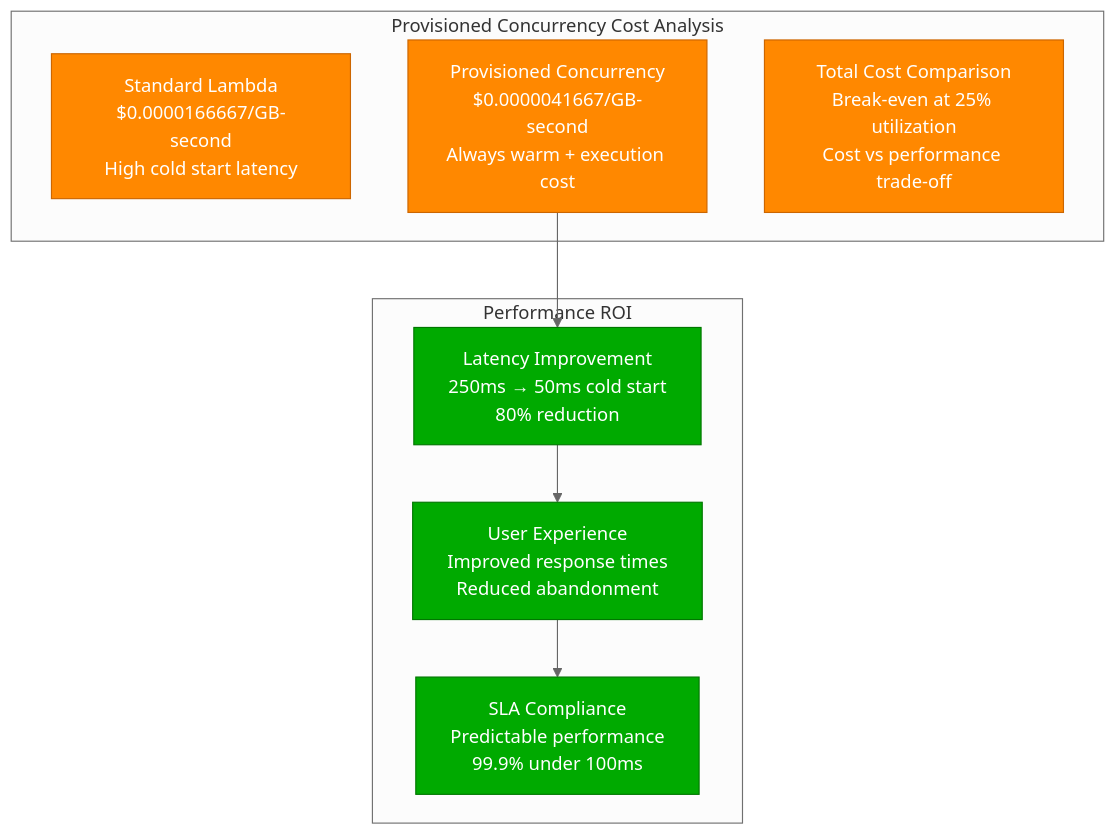
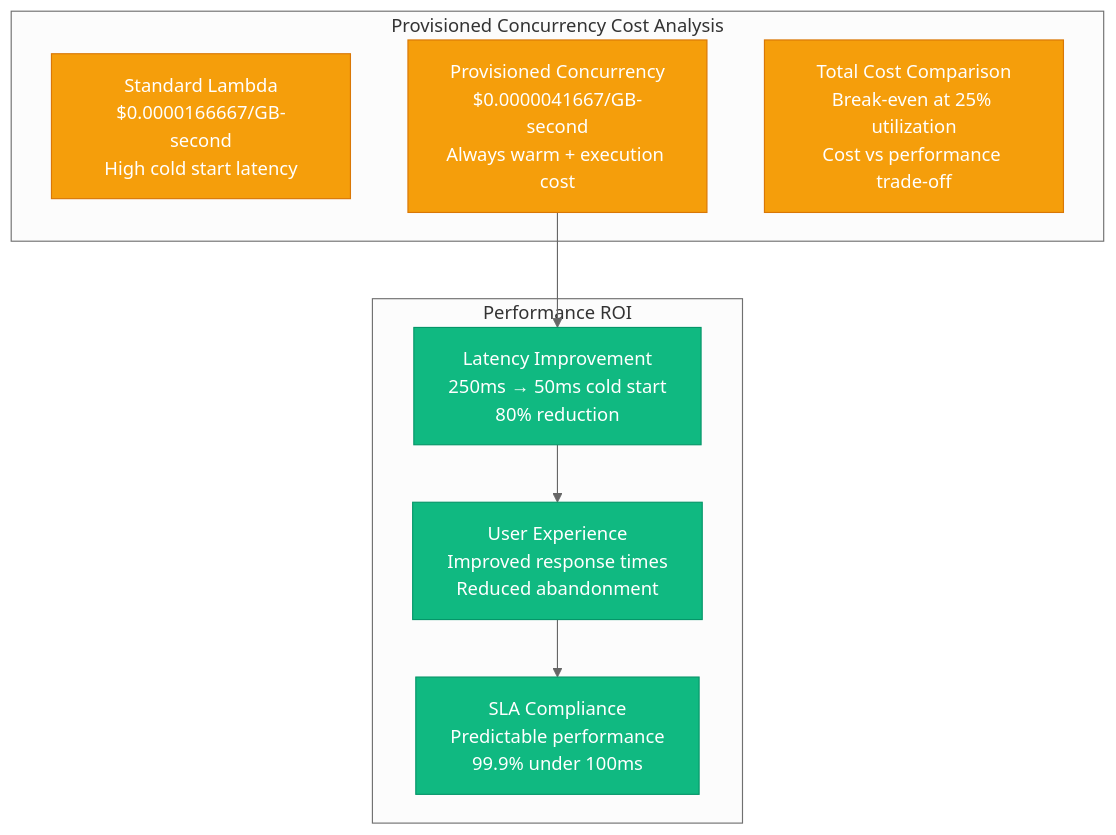
Before and after one commit to deepaucksharma/DS: the fifth of 6 diagrams in site/docs/performance/lambda-cold-starts-performance.md, drawn with Mermaid (neutral theme). The commit also changed other lines of this file and 187 other files, not shown here.

````diff
--- a/site/docs/performance/lambda-cold-starts-performance.md
+++ b/site/docs/performance/lambda-cold-starts-performance.md
@@ -334,24 +334,24 @@
 ```mermaid
 graph TB
     subgraph CostAnalysis[Provisioned Concurrency Cost Analysis]
         STANDARD[Standard Lambda<br/>$0.0000166667/GB-second<br/>High cold start latency]
         PROVISIONED[Provisioned Concurrency<br/>$0.0000041667/GB-second<br/>Always warm + execution cost]
         TOTAL_COST[Total Cost Comparison<br/>Break-even at 25% utilization<br/>Cost vs performance trade-off]
     end
 
     subgraph ROI[Performance ROI]
         LATENCY[Latency Improvement<br/>250ms → 50ms cold start<br/>80% reduction]
         UX[User Experience<br/>Improved response times<br/>Reduced abandonment]
         SLA[SLA Compliance<br/>Predictable performance<br/>99.9% under 100ms]
     end
 
     PROVISIONED --> LATENCY
     LATENCY --> UX
     UX --> SLA
 
-    classDef costStyle fill:#FF8800,stroke:#CC6600,color:#fff
-    classDef roiStyle fill:#00AA00,stroke:#007700,color:#fff
+    classDef costStyle fill:#F59E0B,stroke:#D97706,color:#fff
+    classDef roiStyle fill:#10B981,stroke:#059669,color:#fff
 
     class STANDARD,PROVISIONED,TOTAL_COST costStyle
     class LATENCY,UX,SLA roiStyle
 ```
````
